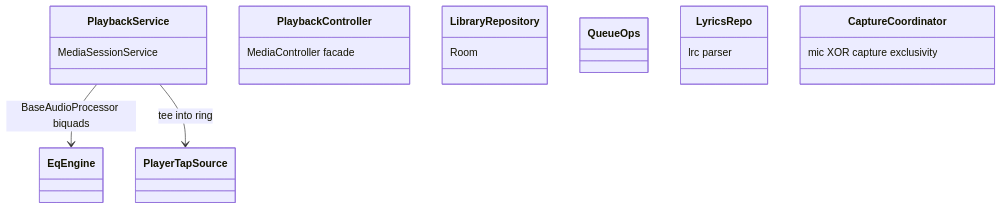
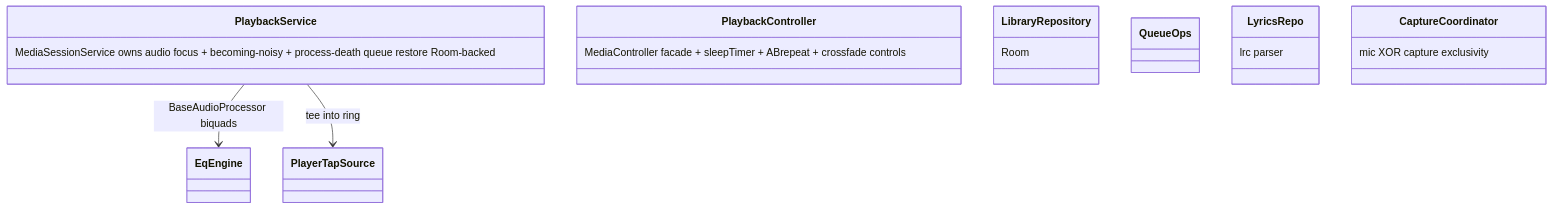
Before and after one commit to tessie1993/music-visualizer-2: the fifth of 7 diagrams in docs/ARCHITECTURE_BLUEPRINT.md, drawn with Mermaid. The commit also changed other lines of this file, not shown here.

Commit message:
docs(synesthesia): blueprint review fixes 1-9 (parity harness home, offline clamp, alpha lane, failure ownership table, player lifecycle, FSR/tiling reinstated, studio->vis edge, projectM placement, mermaid syntax)

````diff
--- a/docs/ARCHITECTURE_BLUEPRINT.md
+++ b/docs/ARCHITECTURE_BLUEPRINT.md
@@ -89,11 +93,11 @@
 ```mermaid
 classDiagram
-    class PlaybackService { MediaSessionService }
+    class PlaybackService { MediaSessionService owns audio focus + becoming-noisy + process-death queue restore Room-backed }
     PlaybackService --> EqEngine : BaseAudioProcessor biquads
     PlaybackService --> PlayerTapSource : tee into ring
-    class PlaybackController { MediaController facade }
+    class PlaybackController { MediaController facade + sleepTimer + ABrepeat + crossfade controls }
     class LibraryRepository { Room }
     class QueueOps
     class LyricsRepo { lrc parser }
     class CaptureCoordinator { mic XOR capture exclusivity }
 ```
````
